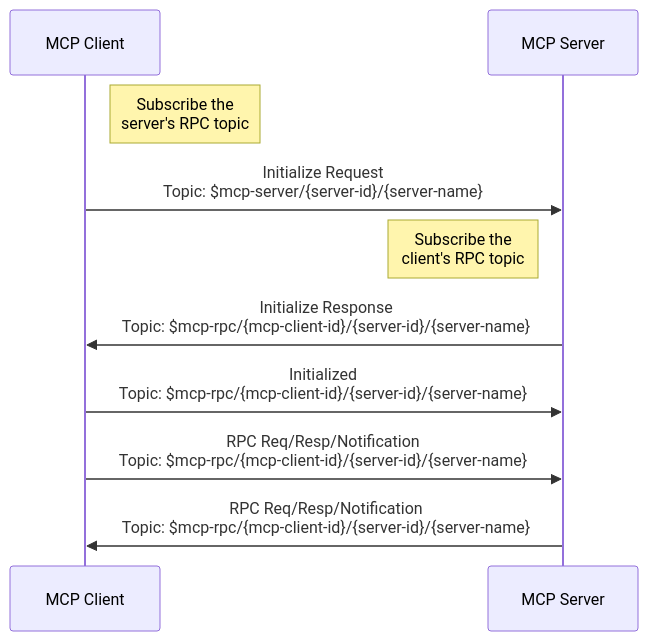
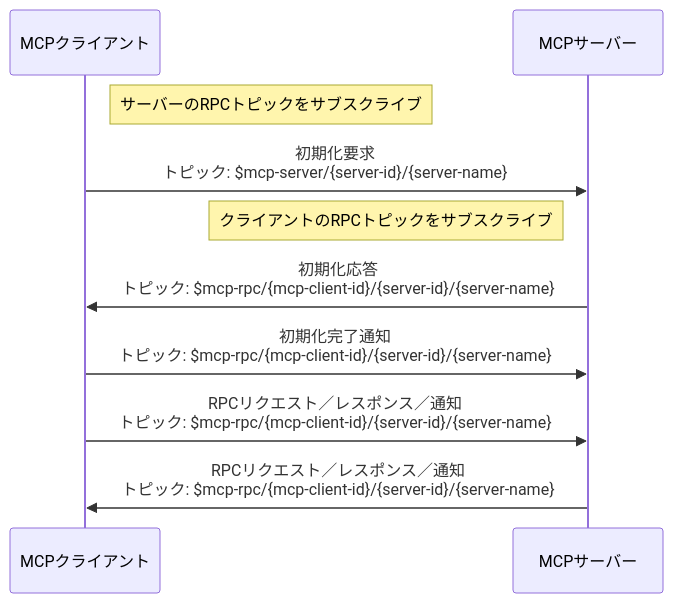
Before and after one commit to emqx/emqx-docs: the second of 4 diagrams in ja_JP/emqx-ai/mcp-over-mqtt/specification.md, drawn with Mermaid. The commit also changed other lines of this file and 182 other files, not shown here.

````diff
--- a/ja_JP/emqx-ai/mcp-over-mqtt/specification.md
+++ b/ja_JP/emqx-ai/mcp-over-mqtt/specification.md
@@ -241,13 +239,13 @@
 ```mermaid
 sequenceDiagram
-  participant MCP_Client as MCP Client
-  participant MCP_Server as MCP Server
+  participant MCP_Client as MCPクライアント
+  participant MCP_Server as MCPサーバー
 
-  Note right of MCP_Client: Subscribe the<br/>server's RPC topic
-  MCP_Client ->> MCP_Server: Initialize Request<br/>Topic: $mcp-server/{server-id}/{server-name}
-  Note left of MCP_Server: Subscribe the<br/>client's RPC topic
-  MCP_Server ->> MCP_Client: Initialize Response<br/>Topic: $mcp-rpc/{mcp-client-id}/{server-id}/{server-name}
-  MCP_Client ->> MCP_Server: Initialized<br/>Topic: $mcp-rpc/{mcp-client-id}/{server-id}/{server-name}
-  MCP_Client ->> MCP_Server: RPC Req/Resp/Notification<br/>Topic: $mcp-rpc/{mcp-client-id}/{server-id}/{server-name}
-  MCP_Server ->> MCP_Client: RPC Req/Resp/Notification<br/>Topic: $mcp-rpc/{mcp-client-id}/{server-id}/{server-name}
+  Note right of MCP_Client: サーバーのRPCトピックをサブスクライブ
+  MCP_Client ->> MCP_Server: 初期化要求<br/>トピック: $mcp-server/{server-id}/{server-name}
+  Note left of MCP_Server: クライアントのRPCトピックをサブスクライブ
+  MCP_Server ->> MCP_Client: 初期化応答<br/>トピック: $mcp-rpc/{mcp-client-id}/{server-id}/{server-name}
+  MCP_Client ->> MCP_Server: 初期化完了通知<br/>トピック: $mcp-rpc/{mcp-client-id}/{server-id}/{server-name}
+  MCP_Client ->> MCP_Server: RPCリクエスト／レスポンス／通知<br/>トピック: $mcp-rpc/{mcp-client-id}/{server-id}/{server-name}
+  MCP_Server ->> MCP_Client: RPCリクエスト／レスポンス／通知<br/>トピック: $mcp-rpc/{mcp-client-id}/{server-id}/{server-name}
 ```
````
